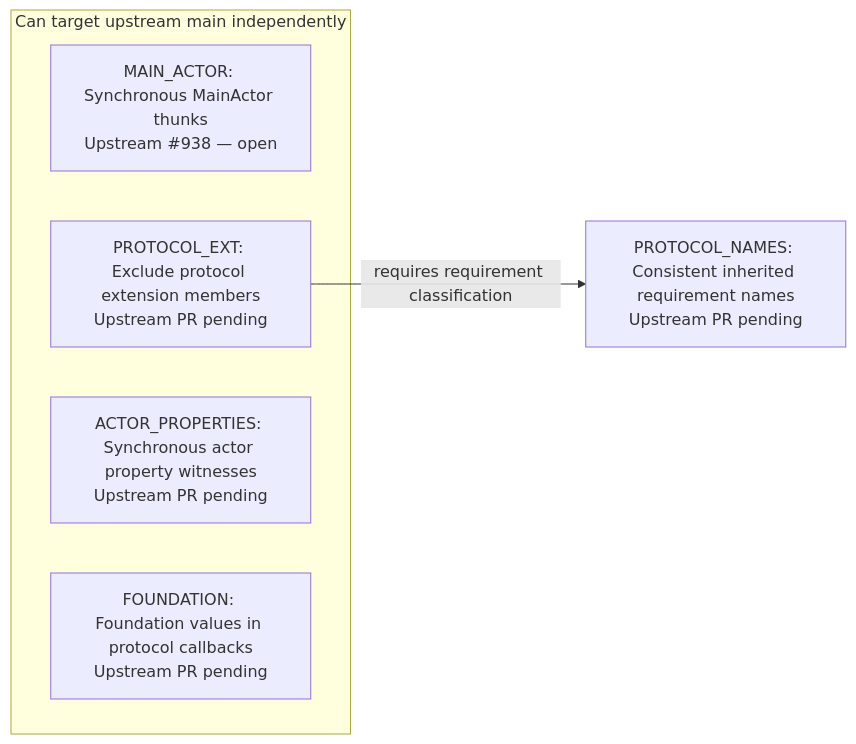
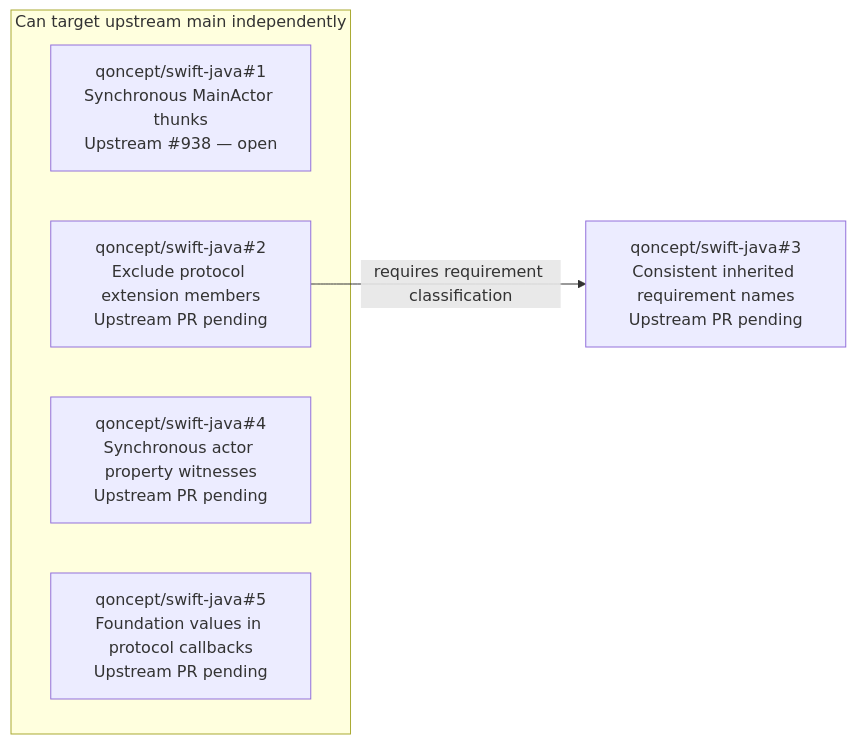
One commit to qoncept/swift-java changed the diagram in pr-dependencies.md. Above: the diagram before and after it, drawn with Mermaid. The commit also changed other lines of this file, not shown here.

Commit message:
docs: identify upstream fixes by origin PR number

````diff
--- a/pr-dependencies.md
+++ b/pr-dependencies.md
@@ -18,12 +20,12 @@
 ```mermaid
 flowchart LR
     subgraph independent["Can target upstream main independently"]
-        MAIN_ACTOR["MAIN_ACTOR: Synchronous MainActor thunks<br/>Upstream #938 — open"]
-        PROTOCOL_EXT["PROTOCOL_EXT: Exclude protocol extension members<br/>Upstream PR pending"]
-        ACTOR_PROPERTIES["ACTOR_PROPERTIES: Synchronous actor property witnesses<br/>Upstream PR pending"]
-        FOUNDATION["FOUNDATION: Foundation values in protocol callbacks<br/>Upstream PR pending"]
+        MAIN_ACTOR["qoncept/swift-java#1<br/>Synchronous MainActor thunks<br/>Upstream #938 — open"]
+        PROTOCOL_EXT["qoncept/swift-java#2<br/>Exclude protocol extension members<br/>Upstream PR pending"]
+        ACTOR_PROPERTIES["qoncept/swift-java#4<br/>Synchronous actor property witnesses<br/>Upstream PR pending"]
+        FOUNDATION["qoncept/swift-java#5<br/>Foundation values in protocol callbacks<br/>Upstream PR pending"]
     end
 
-    PROTOCOL_NAMES["PROTOCOL_NAMES: Consistent inherited requirement names<br/>Upstream PR pending"]
+    PROTOCOL_NAMES["qoncept/swift-java#3<br/>Consistent inherited requirement names<br/>Upstream PR pending"]
     PROTOCOL_EXT -->|"requires requirement classification"| PROTOCOL_NAMES
 ```
````
